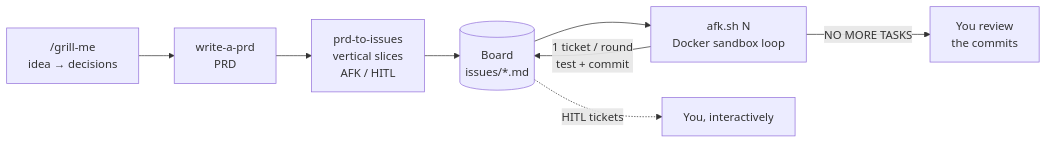
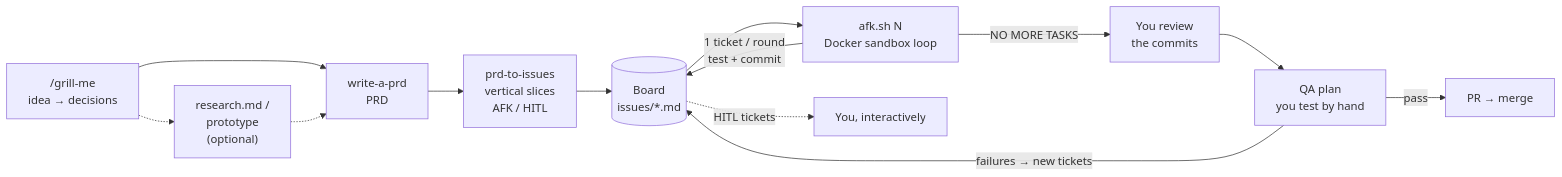
Before and after one commit to tomschinelli/ai-engineering-guide: the second of 7 diagrams in levels/07-automate.md, drawn with Mermaid. The commit also changed other lines of this file and 7 other files, not shown here.

First line of the commit message:
Add research, prototype and QA steps; show the full journey in L7

````diff
--- a/levels/07-automate.md
+++ b/levels/07-automate.md
@@ -84,10 +98,15 @@
 ```mermaid
 flowchart LR
-    G["/grill-me<br/>idea → decisions"] --> PRD["write-a-prd<br/>PRD"]
+    G["/grill-me<br/>idea → decisions"] -.-> RS["research.md /<br/>prototype<br/>(optional)"]
+    G --> PRD["write-a-prd<br/>PRD"]
+    RS -.-> PRD
     PRD --> TIX["prd-to-issues<br/>vertical slices<br/>AFK / HITL"]
     TIX --> B[("Board<br/>issues/*.md")]
     B --> R["afk.sh N<br/>Docker sandbox loop"]
     R -->|"1 ticket / round<br/>test + commit"| B
     R -->|"NO MORE TASKS"| H["You review<br/>the commits"]
+    H --> QA["QA plan<br/>you test by hand"]
+    QA -->|"failures → new tickets"| B
+    QA -->|pass| PR[PR → merge]
     B -. HITL tickets .-> YOU[You, interactively]
 ```
````
